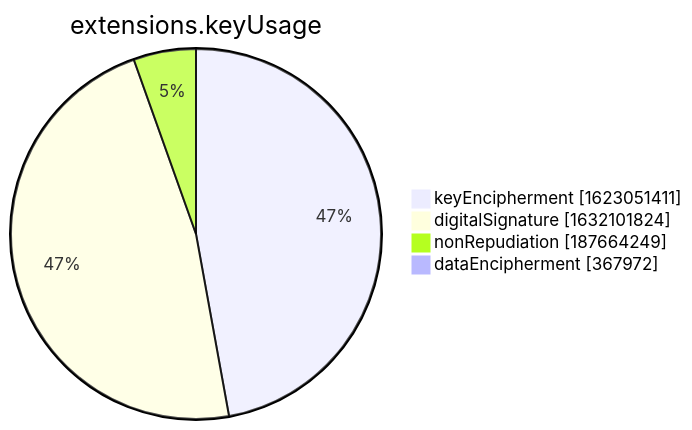
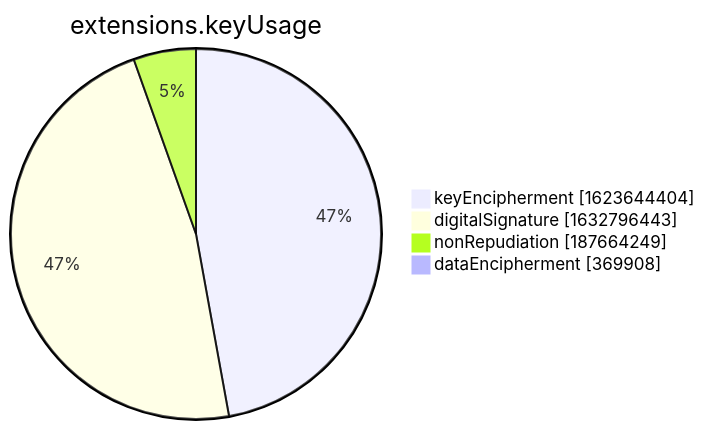
Before and after one commit to christiankrug/ctmonitor_visualization: the seventh of 15 diagrams in xenon2022/README.md, drawn with Mermaid. The commit also changed other lines of this file, not shown here.

````diff
--- a/xenon2022/README.md
+++ b/xenon2022/README.md
@@ -2855,8 +2855,8 @@
 ```mermaid
 pie showData
 title extensions.keyUsage
-"keyEncipherment" :1623051411
-"digitalSignature" :1632101824
+"keyEncipherment" :1623644404
+"digitalSignature" :1632796443
 "nonRepudiation" :187664249
-"dataEncipherment" :367972
+"dataEncipherment" :369908
 ```
````
